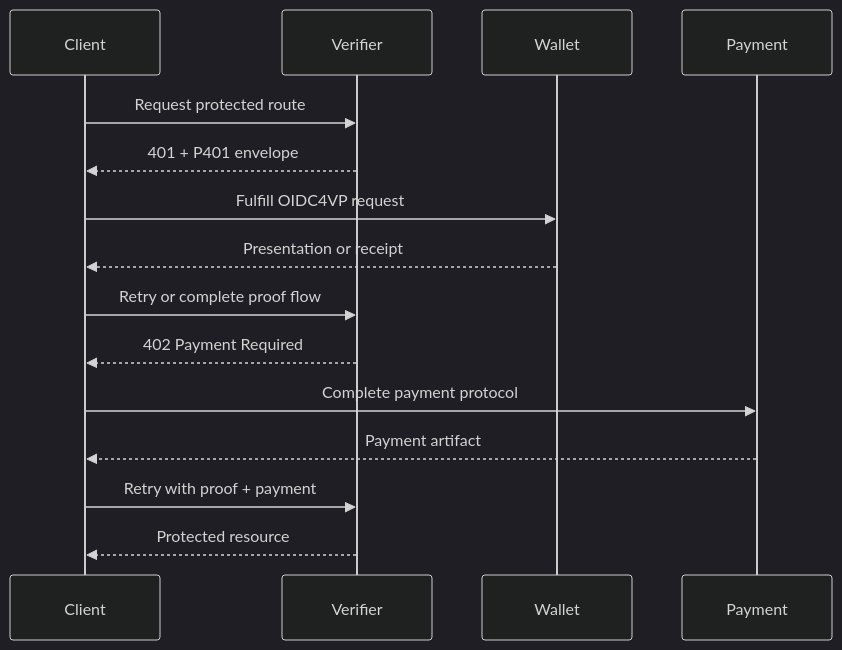
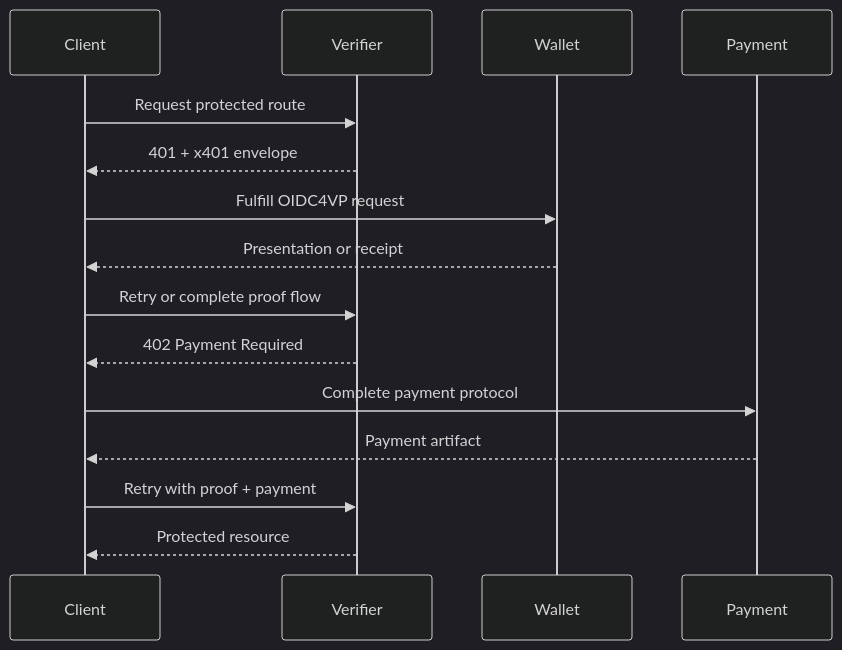
One commit to csuwildcat/P401 changed the second of 2 diagrams in spec.md. Above: the diagram before and after it, drawn with Mermaid (dark theme). The commit also changed other lines of this file and 15 other files, not shown here.

````diff
--- a/spec.md
+++ b/spec.md
@@ -162,17 +162,17 @@
 ```mermaid
 sequenceDiagram
     participant Client
     participant Verifier
     participant Wallet
     participant Payment
     Client->>Verifier: Request protected route
-    Verifier-->>Client: 401 + P401 envelope
+    Verifier-->>Client: 401 + x401 envelope
     Client->>Wallet: Fulfill OIDC4VP request
     Wallet-->>Client: Presentation or receipt
     Client->>Verifier: Retry or complete proof flow
     Verifier-->>Client: 402 Payment Required
     Client->>Payment: Complete payment protocol
     Payment-->>Client: Payment artifact
     Client->>Verifier: Retry with proof + payment
     Verifier-->>Client: Protected resource
 ```
````
